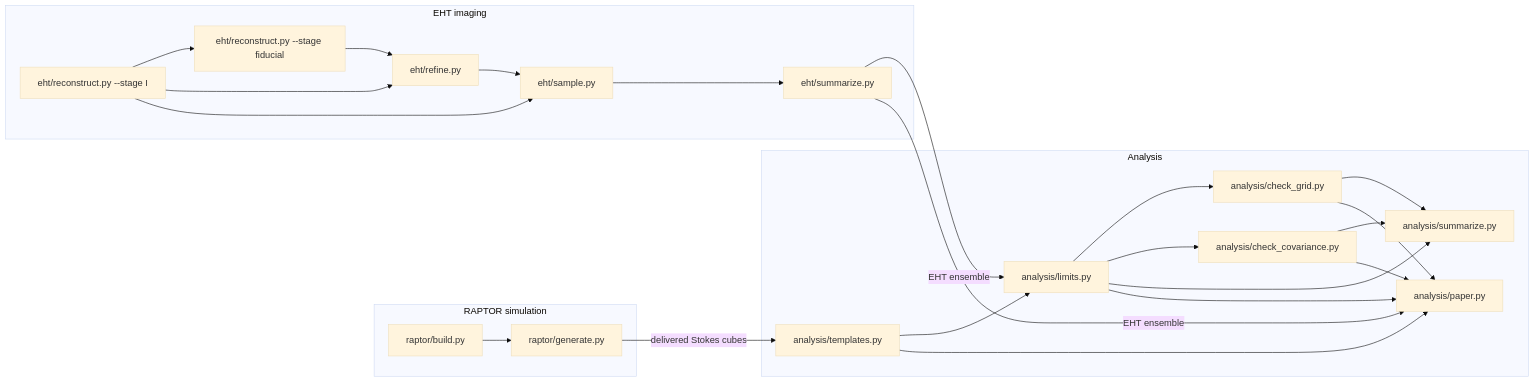
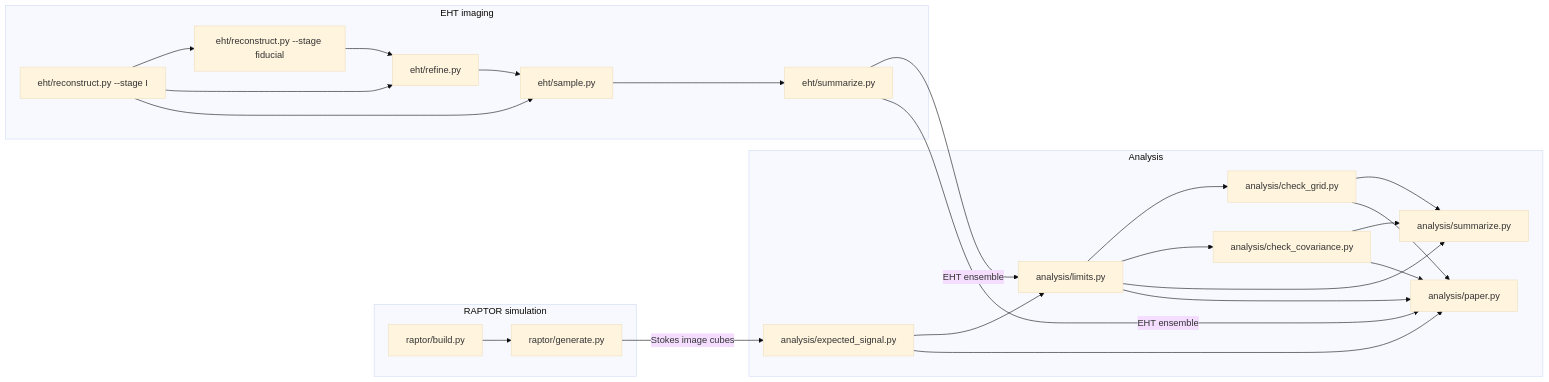
One commit to ProjectEHT-PKU/EHT-axion-pixel-by-pixel-analysis changed the diagram in docs/en/overview.md. Above: the diagram before and after it, drawn with Mermaid (base theme). The commit also changed other lines of this file and 42 other files, not shown here.

Commit message:
raptor/delivered -> raptor/images; analysis/templates -> one stage analysis/expected-signal (expected.npz, background.npy) computed snapshot by snapshot without stored intermediates; paper.py derives the response-map snapshot from the image cube

````diff
--- a/docs/en/overview.md
+++ b/docs/en/overview.md
@@ -16,29 +16,29 @@
 ```mermaid
 flowchart LR
   subgraph RAPTOR["RAPTOR simulation"]
     RB["raptor/build.py"] --> RG["raptor/generate.py"]
   end
   subgraph EHT["EHT imaging"]
     EI["eht/reconstruct.py --stage I"] --> EF["eht/reconstruct.py --stage fiducial"]
     EF --> ER["eht/refine.py"]
     EI --> ER
     ER --> ES["eht/sample.py"]
     EI --> ES
     ES --> EM["eht/summarize.py"]
   end
   subgraph AN["Analysis"]
-    AT["analysis/templates.py"] --> AL["analysis/limits.py"]
+    AT["analysis/expected_signal.py"] --> AL["analysis/limits.py"]
     AL --> AG["analysis/check_grid.py"]
     AL --> AC["analysis/check_covariance.py"]
     AL --> AS["analysis/summarize.py"]
     AG --> AS
     AC --> AS
     AT --> AP["analysis/paper.py"]
     AL --> AP
     AG --> AP
     AC --> AP
   end
-  RG -- "delivered Stokes cubes" --> AT
+  RG -- "Stokes image cubes" --> AT
   EM -- "EHT ensemble" --> AL
   EM -- "EHT ensemble" --> AP
 ```
````
